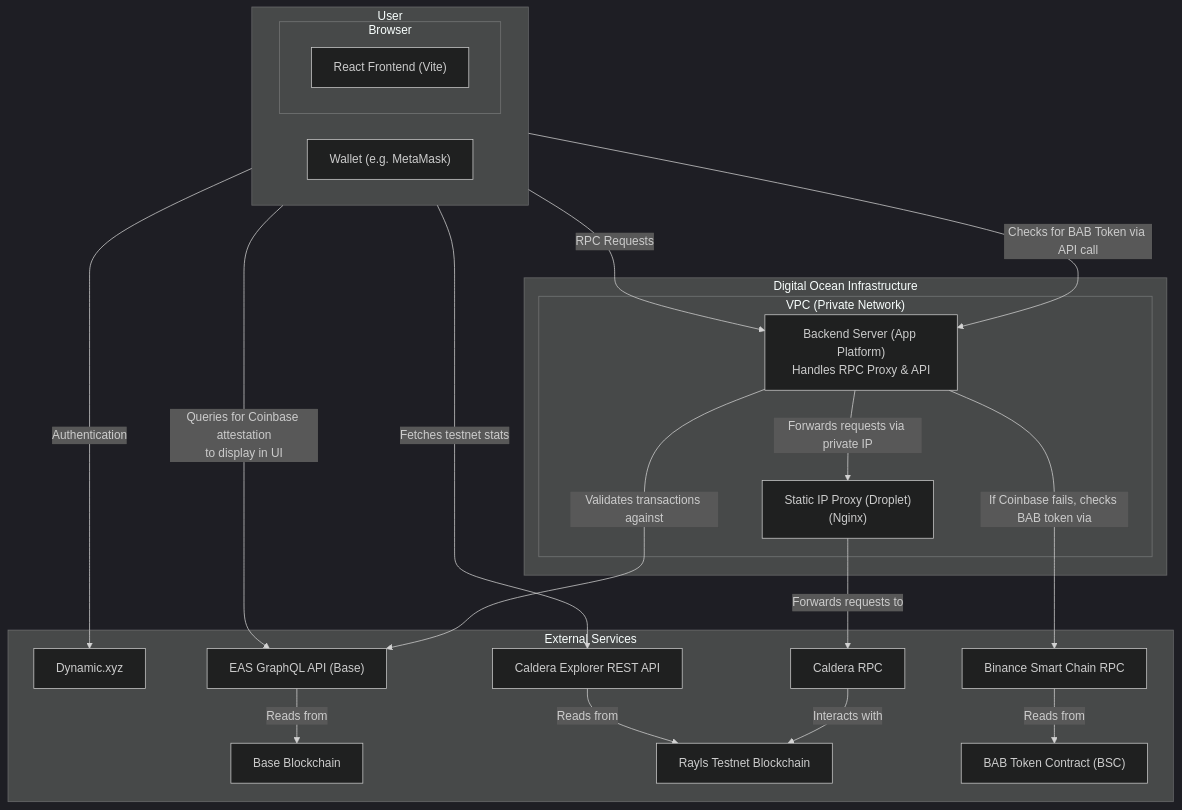
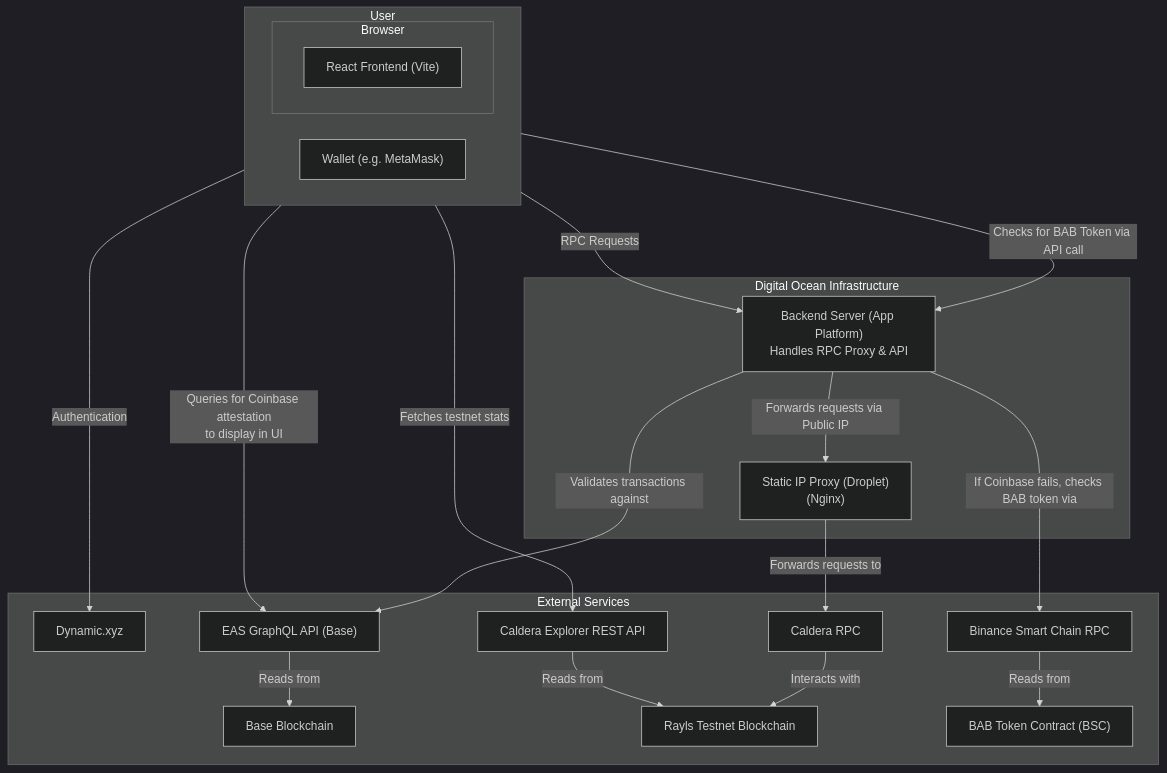
One commit to AlexJupiter/rayls-dapp changed the diagram in README.md. Above: the diagram before and after it, drawn with Mermaid (dark theme). The commit also changed other lines of this file and 1 other file, not shown here.

Commit message:
removing VPC for now

````diff
--- a/README.md
+++ b/README.md
@@ -22,42 +24,40 @@
 ```mermaid
 graph TD
     subgraph "User"
         direction LR
         subgraph "Browser"
             A["React Frontend (Vite)"]
         end
         H["Wallet (e.g. MetaMask)"]
     end
 
     subgraph "Digital Ocean Infrastructure"
-        subgraph "VPC (Private Network)"
-            B["Backend Server (App Platform)<br/>Handles RPC Proxy & API"]
-            P["Static IP Proxy (Droplet)<br/>(Nginx)"]
-        end
+        B["Backend Server (App Platform)<br/>Handles RPC Proxy & API"]
+        P["Static IP Proxy (Droplet)<br/>(Nginx)"]
     end
 
     subgraph "External Services"
         C["Dynamic.xyz"]
         D["Caldera RPC"]
         E["EAS GraphQL API (Base)"]
         F["Base Blockchain"]
         G["Rayls Testnet Blockchain"]
         I["Caldera Explorer REST API"]
         J["Binance Smart Chain RPC"]
         K["BAB Token Contract (BSC)"]
     end
 
     A -- "Authentication" --> C;
     A -- "Queries for Coinbase attestation<br/>to display in UI" --> E;
     A -- "Checks for BAB Token via API call" --> B
     A -- "Fetches testnet stats" --> I;
     H -- "RPC Requests" --> B;
-    B -- "Forwards requests via private IP" --> P;
+    B -- "Forwards requests via Public IP" --> P;
     P -- "Forwards requests to" --> D;
     D -- "Interacts with" --> G;
     B -- "Validates transactions against" --> E;
     B -- "If Coinbase fails, checks BAB token via" --> J
     E -- "Reads from" --> F;
     I -- "Reads from" --> G;
     J -- "Reads from" --> K;
 ```
````
